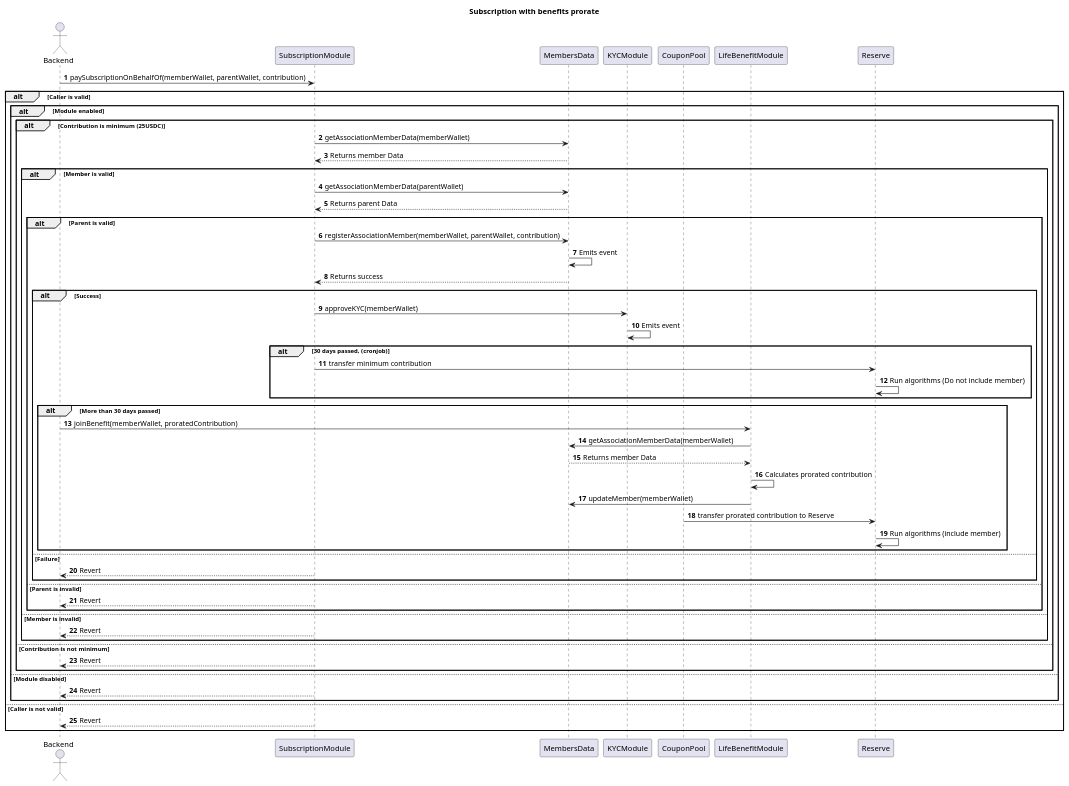
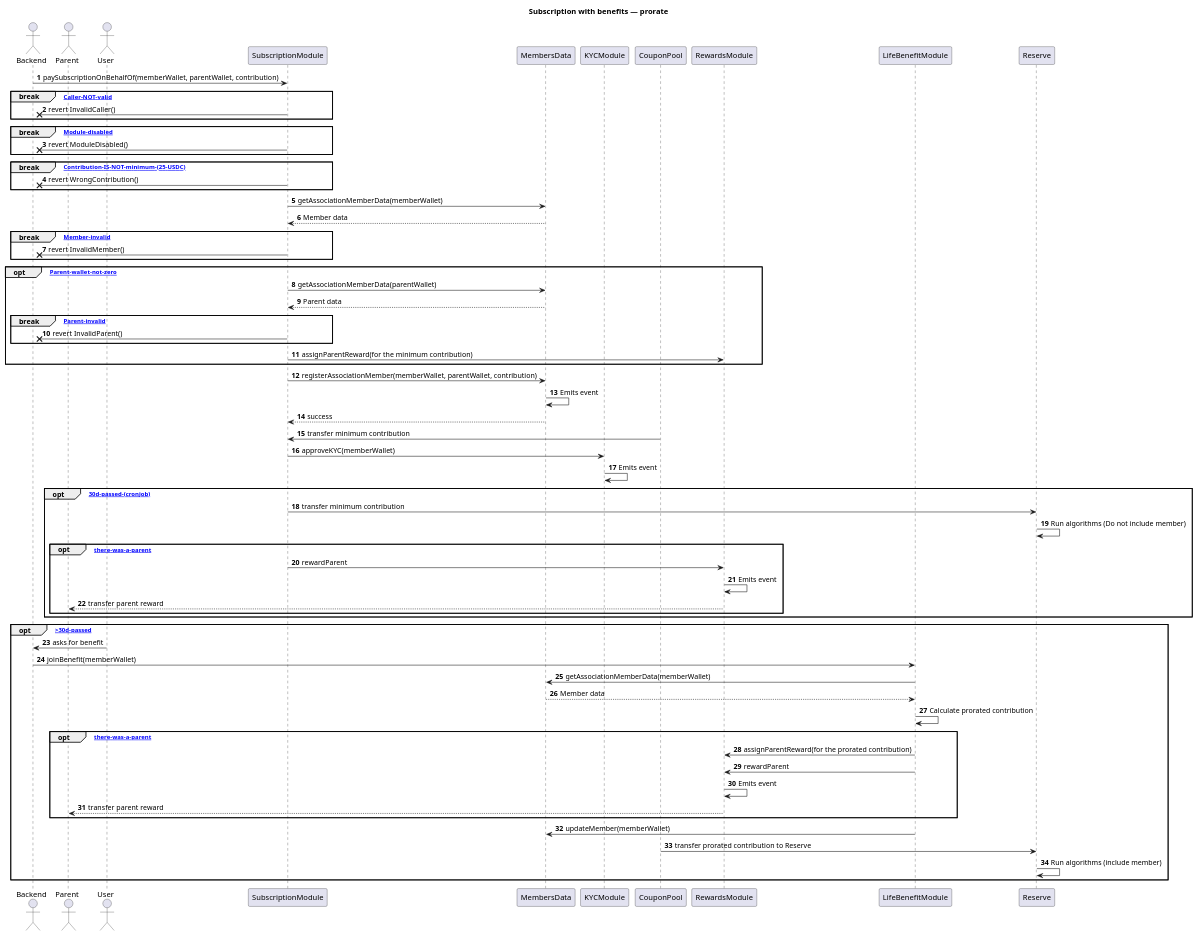
One commit to TakafulDAO/takasure.sc changed the diagram in docs/sequence_diagrams/Subscriptions/subscription-with-benefit-prorate.puml. Above: the diagram before and after it, drawn with PlantUML. The commit also changed 3 other files, not shown here.

Commit message:
revise: update diagrams

```diff
--- a/docs/sequence_diagrams/Subscriptions/subscription-with-benefit-prorate.puml
+++ b/docs/sequence_diagrams/Subscriptions/subscription-with-benefit-prorate.puml
@@ -1,73 +1,87 @@
-@startuml Subscriptions with benefits prorate
-title Subscription with benefits prorate
+@startuml Subscription_with_benefits_prorate
+title Subscription with benefits — prorate
 autonumber
 
 actor Backend
+actor Parent
+actor User
 participant SubscriptionModule
 participant MembersData
 participant KYCModule
 participant CouponPool
+participant RewardsModule
 participant LifeBenefitModule
 participant Reserve
 
 Backend -> SubscriptionModule: paySubscriptionOnBehalfOf(memberWallet, parentWallet, contribution)
 
-alt Caller is valid
-  alt Module enabled
-    alt Contribution is minimum (25USDC)
-      SubscriptionModule -> MembersData: getAssociationMemberData(memberWallet)
-      MembersData --> SubscriptionModule: Returns member Data
+break [Caller-NOT-valid]
+  SubscriptionModule -x Backend: revert InvalidCaller()
+end
 
-      alt Member is valid
-        SubscriptionModule -> MembersData: getAssociationMemberData(parentWallet)
-        MembersData --> SubscriptionModule: Returns parent Data
+break [Module-disabled]
+  SubscriptionModule -x Backend: revert ModuleDisabled()
+end
 
-        alt Parent is valid
-          SubscriptionModule -> MembersData: registerAssociationMember(memberWallet, parentWallet, contribution)
-          MembersData -> MembersData: Emits event
-          MembersData --> SubscriptionModule: Returns success
+break [Contribution-IS-NOT-minimum-(25-USDC)]
+  SubscriptionModule -x Backend: revert WrongContribution()
+end
 
-          alt Success
-            SubscriptionModule -> KYCModule: approveKYC(memberWallet)
-            KYCModule -> KYCModule: Emits event
+SubscriptionModule -> MembersData: getAssociationMemberData(memberWallet)
+MembersData --> SubscriptionModule: Member data
 
-            alt 30 days passed, (cronjob)
-                SubscriptionModule -> Reserve: transfer minimum contribution
-                Reserve -> Reserve: Run algorithms (Do not include member)
-            end
+break [Member-invalid]
+  SubscriptionModule -x Backend: revert InvalidMember()
+end
 
-            alt More than 30 days passed
-                Backend -> LifeBenefitModule: joinBenefit(memberWallet, proratedContribution)
-                LifeBenefitModule -> MembersData: getAssociationMemberData(memberWallet)
-                MembersData --> LifeBenefitModule: Returns member Data
-                LifeBenefitModule -> LifeBenefitModule: Calculates prorated contribution
-                LifeBenefitModule -> MembersData: updateMember(memberWallet)
-                CouponPool -> Reserve: transfer prorated contribution to Reserve 
-                Reserve -> Reserve: Run algorithms (include member)
-            end            
+opt [Parent-wallet-not-zero]
+  SubscriptionModule -> MembersData: getAssociationMemberData(parentWallet)
+  MembersData --> SubscriptionModule: Parent data
 
-          else Failure
-            SubscriptionModule --> Backend: Revert
-          end
-
-        else Parent is invalid
-          SubscriptionModule --> Backend: Revert
-        end
-
-      else Member is invalid 
-        SubscriptionModule --> Backend: Revert
-      end
-
-    else Contribution is not minimum
-      SubscriptionModule --> Backend: Revert
-    end
-
-  else Module disabled
-    SubscriptionModule --> Backend: Revert
+  break [Parent-invalid]
+    SubscriptionModule -x Backend: revert InvalidParent()
   end
 
-else Caller is not valid
-  SubscriptionModule --> Backend: Revert
+  SubscriptionModule -> RewardsModule: assignParentReward(for the minimum contribution)
+end
+
+SubscriptionModule -> MembersData: registerAssociationMember(memberWallet, parentWallet, contribution)
+MembersData -> MembersData: Emits event
+MembersData --> SubscriptionModule: success
+
+CouponPool -> SubscriptionModule: transfer minimum contribution
+
+SubscriptionModule -> KYCModule: approveKYC(memberWallet)
+KYCModule -> KYCModule: Emits event
+
+opt [30d-passed-(cronjob)]
+  SubscriptionModule -> Reserve: transfer minimum contribution
+  Reserve -> Reserve: Run algorithms (Do not include member)
+
+  opt [there-was-a-parent]
+    SubscriptionModule -> RewardsModule: rewardParent
+    RewardsModule -> RewardsModule: Emits event
+    RewardsModule --> Parent: transfer parent reward
+  end
+end
+
+opt [>30d-passed]
+  User -> Backend: asks for benefit
+  Backend -> LifeBenefitModule: joinBenefit(memberWallet)
+  LifeBenefitModule -> MembersData: getAssociationMemberData(memberWallet)
+  MembersData --> LifeBenefitModule: Member data
+  LifeBenefitModule -> LifeBenefitModule: Calculate prorated contribution
+
+  opt [there-was-a-parent]
+    LifeBenefitModule -> RewardsModule: assignParentReward(for the prorated contribution)
+    LifeBenefitModule -> RewardsModule: rewardParent
+    RewardsModule -> RewardsModule: Emits event
+    RewardsModule --> Parent: transfer parent reward
+  end
+
+  LifeBenefitModule -> MembersData: updateMember(memberWallet)
+  CouponPool -> Reserve: transfer prorated contribution to Reserve
+  Reserve -> Reserve: Run algorithms (include member)
 end
 
 @enduml
```
